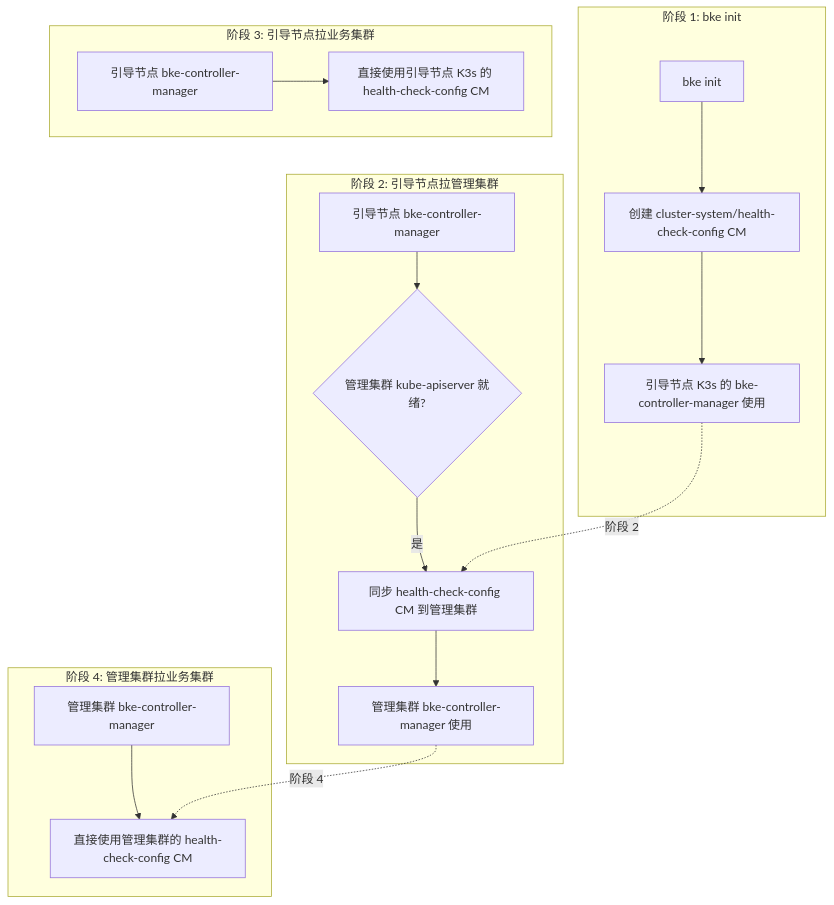
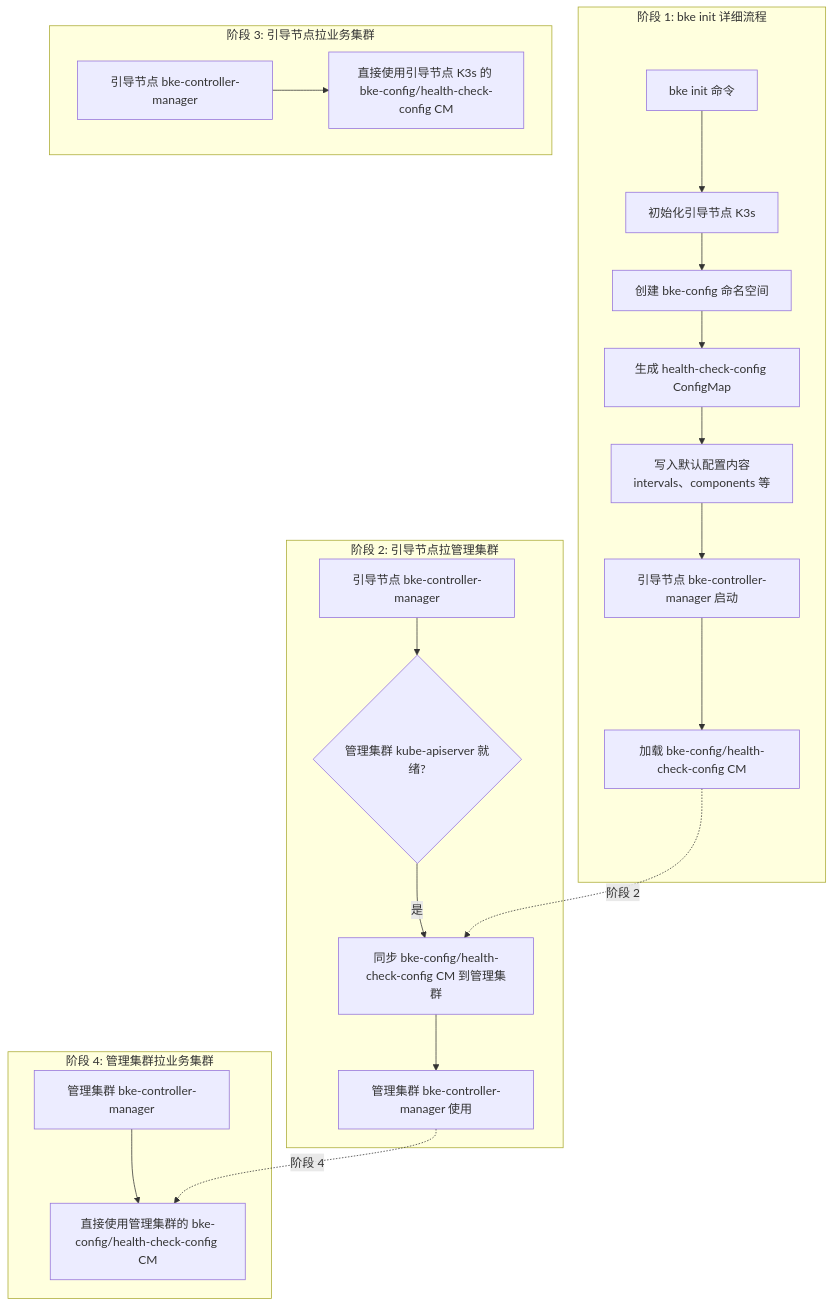
One commit to javadoors/cluster-api-provider-bke changed the first of 10 diagrams in code/performance/report/health-check-convergence.md. Above: the diagram before and after it, drawn with Mermaid. The commit also changed other lines of this file, not shown here.

Commit message:
docs: 更新健康检查配置命名空间为 bke-config
- 将 ConfigMap 命名空间从 cluster-system 改为 bke-config
- 扩展 bke init 流程图，展示详细的初始化步骤
- 更新同步流程说明表格
- 更新所有相关引用和示例

````diff
--- a/code/performance/report/health-check-convergence.md
+++ b/code/performance/report/health-check-convergence.md
@@ -927,24 +927,28 @@
 ```mermaid
 graph TB
-    subgraph "阶段 1: bke init"
-        A[bke init] --> B[创建 cluster-system/health-check-config CM]
-        B --> C[引导节点 K3s 的 bke-controller-manager 使用]
+    subgraph "阶段 1: bke init 详细流程"
+        A[bke init 命令] --> B[初始化引导节点 K3s]
+        B --> C[创建 bke-config 命名空间]
+        C --> D[生成 health-check-config ConfigMap]
+        D --> E[写入默认配置内容<br/>intervals、components 等]
+        E --> F[引导节点 bke-controller-manager 启动]
+        F --> G[加载 bke-config/health-check-config CM]
     end
     
     subgraph "阶段 2: 引导节点拉管理集群"
-        D[引导节点 bke-controller-manager] --> E{管理集群 kube-apiserver 就绪?}
-        E -->|是| F[同步 health-check-config CM 到管理集群]
-        F --> G[管理集群 bke-controller-manager 使用]
+        H[引导节点 bke-controller-manager] --> I{管理集群 kube-apiserver 就绪?}
+        I -->|是| J[同步 bke-config/health-check-config CM 到管理集群]
+        J --> K[管理集群 bke-controller-manager 使用]
     end
     
     subgraph "阶段 3: 引导节点拉业务集群"
-        H[引导节点 bke-controller-manager] --> I[直接使用引导节点 K3s 的 health-check-config CM]
+        L[引导节点 bke-controller-manager] --> M[直接使用引导节点 K3s 的 bke-config/health-check-config CM]
     end
     
     subgraph "阶段 4: 管理集群拉业务集群"
-        J[管理集群 bke-controller-manager] --> K[直接使用管理集群的 health-check-config CM]
+        N[管理集群 bke-controller-manager] --> O[直接使用管理集群的 bke-config/health-check-config CM]
     end
     
-    C -.->|阶段 2| F
-    G -.->|阶段 4| K
+    G -.->|阶段 2| J
+    K -.->|阶段 4| O
 ```
````
